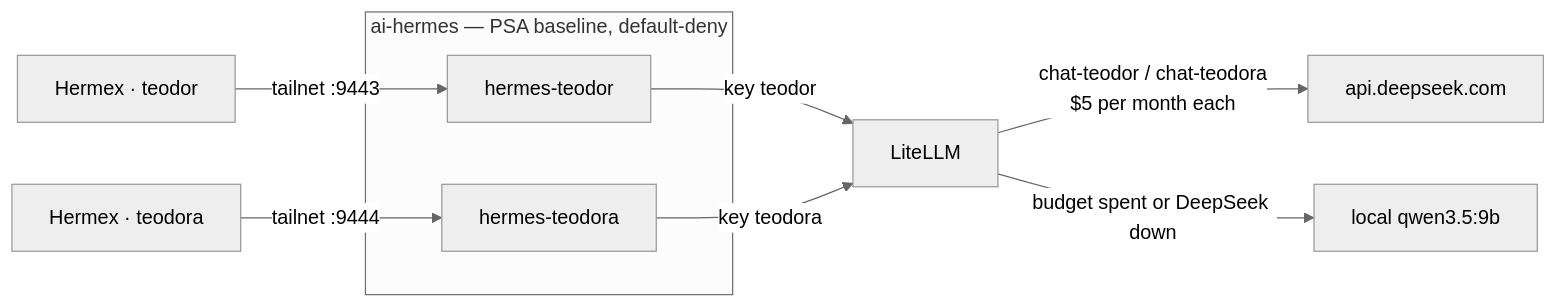
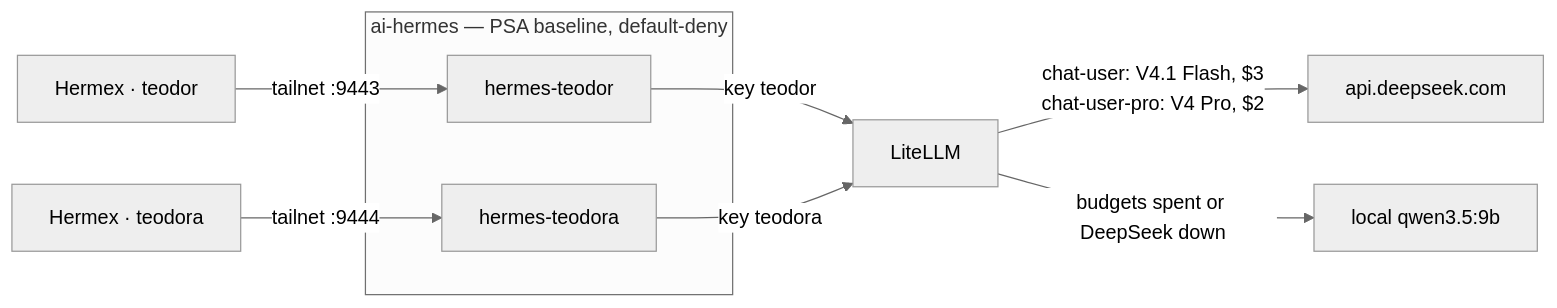
Before and after one commit to teodorio95-portofolio/secure-ai-gateway: the second of 2 diagrams in README.md, drawn with Mermaid (neutral theme). The commit also changed other lines of this file and 6 other files, not shown here.

First line of the commit message:
feat(family-chat): explicit DeepSeek models, Flash by default, Pro on demand

````diff
--- a/README.md
+++ b/README.md
@@ -128,13 +128,13 @@
 ```mermaid
 flowchart LR
     T1[Hermex · teodor] -->|tailnet :9443| S1[hermes-teodor]
     T2[Hermex · teodora] -->|tailnet :9444| S2[hermes-teodora]
     subgraph hermes["ai-hermes — PSA baseline, default-deny"]
         S1
         S2
     end
     S1 -->|key teodor| L[LiteLLM]
     S2 -->|key teodora| L
-    L -->|chat-teodor / chat-teodora<br/>$5 per month each| D[api.deepseek.com]
-    L -->|budget spent or DeepSeek down| O[local qwen3.5:9b]
+    L -->|"chat-user: V4.1 Flash, $3<br/>chat-user-pro: V4 Pro, $2"| D[api.deepseek.com]
+    L -->|budgets spent or DeepSeek down| O[local qwen3.5:9b]
 ```
````
